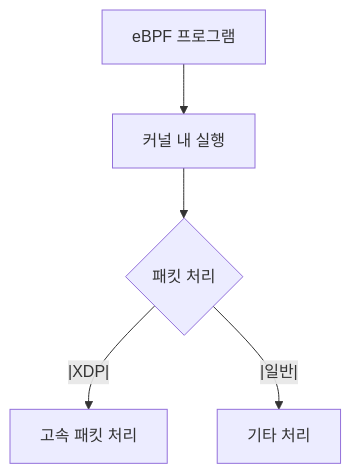
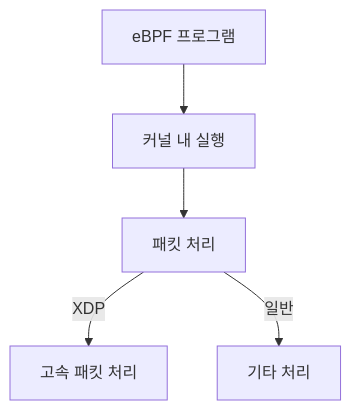
Before and after one commit to 42jerrykim/42jerrykim.github.io: the tenth of 12 diagrams in content/post/2024/2024-10-17-networking-latency/index.md, drawn with Mermaid. The commit also changed other lines of this file and 239 other files, not shown here.

````diff
--- a/content/post/2024/2024-10-17-networking-latency/index.md
+++ b/content/post/2024/2024-10-17-networking-latency/index.md
@@ -480,7 +407,12 @@
 ```mermaid
-graph TD;
-    A[eBPF 프로그램] --> B[커널 내 실행]
-    B --> C{패킷 처리}
-    C --|XDP|--> D[고속 패킷 처리]
-    C --|일반|--> E[기타 처리]
+graph TD
+  eBPF["eBPF 프로그램"]
+  Kernel["커널 내 실행"]
+  PktProc["패킷 처리"]
+  XDPFast["고속 패킷 처리"]
+  Other["기타 처리"]
+  eBPF --> Kernel
+  Kernel --> PktProc
+  PktProc -->|"XDP"| XDPFast
+  PktProc -->|"일반"| Other
 ```
````
